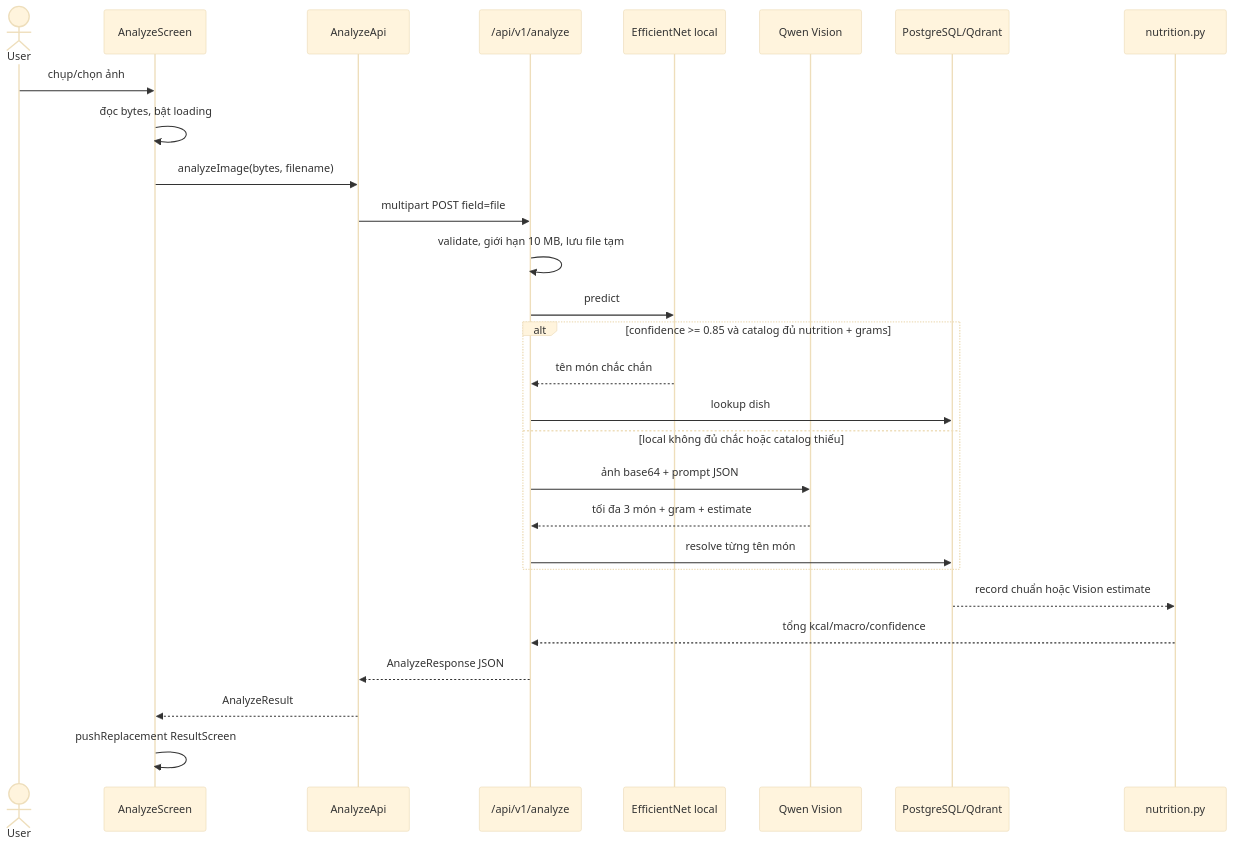
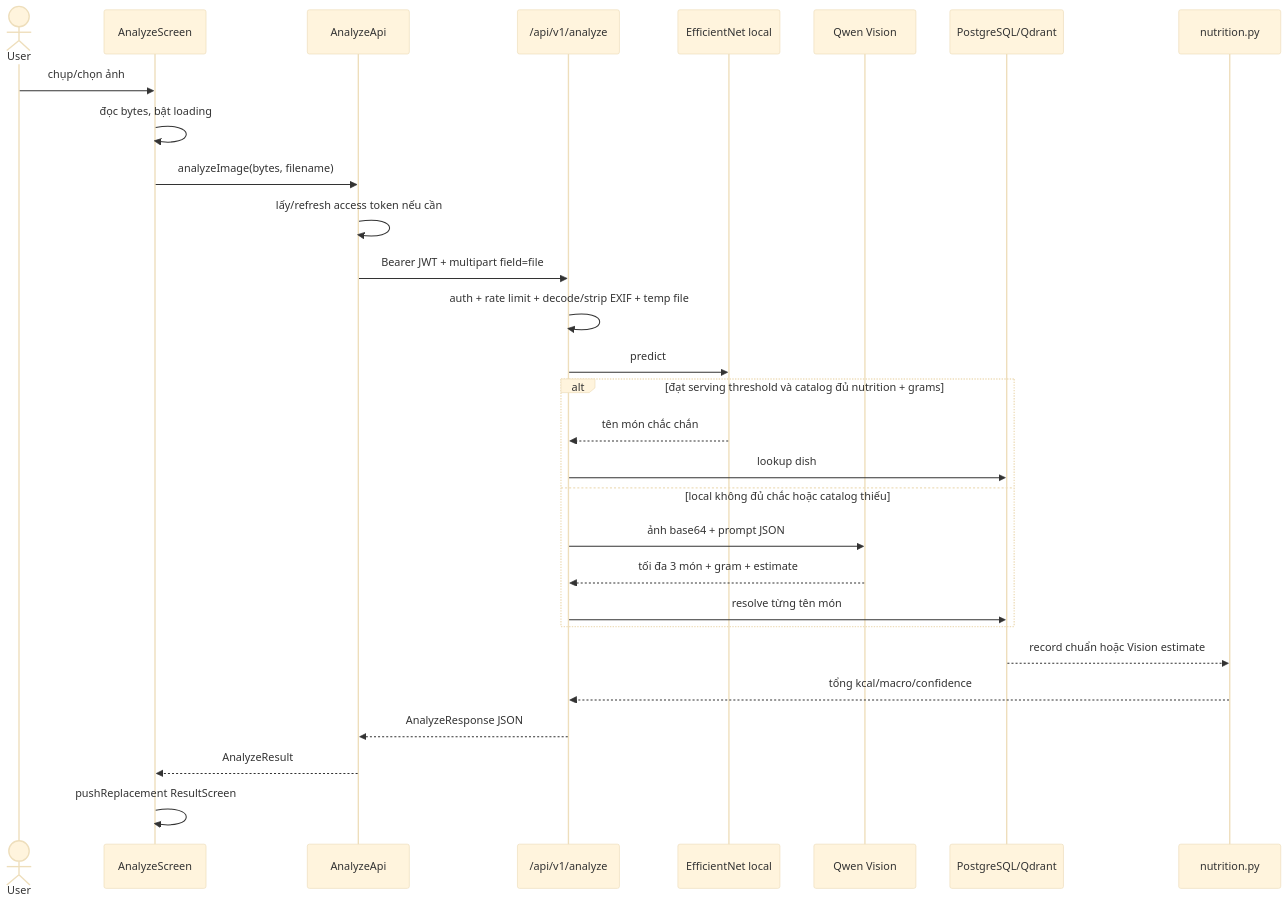
Before and after one commit to LongFixBug/Dish-AI: the third of 6 diagrams in docs/FOODAI_CODE_WALKTHROUGH_VI.md, drawn with Mermaid (base theme). The commit also changed other lines of this file and 103 other files, not shown here.

````diff
--- a/docs/FOODAI_CODE_WALKTHROUGH_VI.md
+++ b/docs/FOODAI_CODE_WALKTHROUGH_VI.md
@@ -249,31 +285,32 @@
 ```mermaid
 sequenceDiagram
     actor User
     participant Screen as AnalyzeScreen
     participant API as AnalyzeApi
     participant FastAPI as /api/v1/analyze
     participant CV as EfficientNet local
     participant Vision as Qwen Vision
     participant Catalog as PostgreSQL/Qdrant
     participant Math as nutrition.py
 
     User->>Screen: chụp/chọn ảnh
     Screen->>Screen: đọc bytes, bật loading
     Screen->>API: analyzeImage(bytes, filename)
-    API->>FastAPI: multipart POST field=file
-    FastAPI->>FastAPI: validate, giới hạn 10 MB, lưu file tạm
+    API->>API: lấy/refresh access token nếu cần
+    API->>FastAPI: Bearer JWT + multipart field=file
+    FastAPI->>FastAPI: auth + rate limit + decode/strip EXIF + temp file
     FastAPI->>CV: predict
-    alt confidence >= 0.85 và catalog đủ nutrition + grams
+    alt đạt serving threshold và catalog đủ nutrition + grams
         CV-->>FastAPI: tên món chắc chắn
         FastAPI->>Catalog: lookup dish
     else local không đủ chắc hoặc catalog thiếu
         FastAPI->>Vision: ảnh base64 + prompt JSON
         Vision-->>FastAPI: tối đa 3 món + gram + estimate
         FastAPI->>Catalog: resolve từng tên món
     end
     Catalog-->>Math: record chuẩn hoặc Vision estimate
     Math-->>FastAPI: tổng kcal/macro/confidence
     FastAPI-->>API: AnalyzeResponse JSON
     API-->>Screen: AnalyzeResult
     Screen->>Screen: pushReplacement ResultScreen
 ```
````
